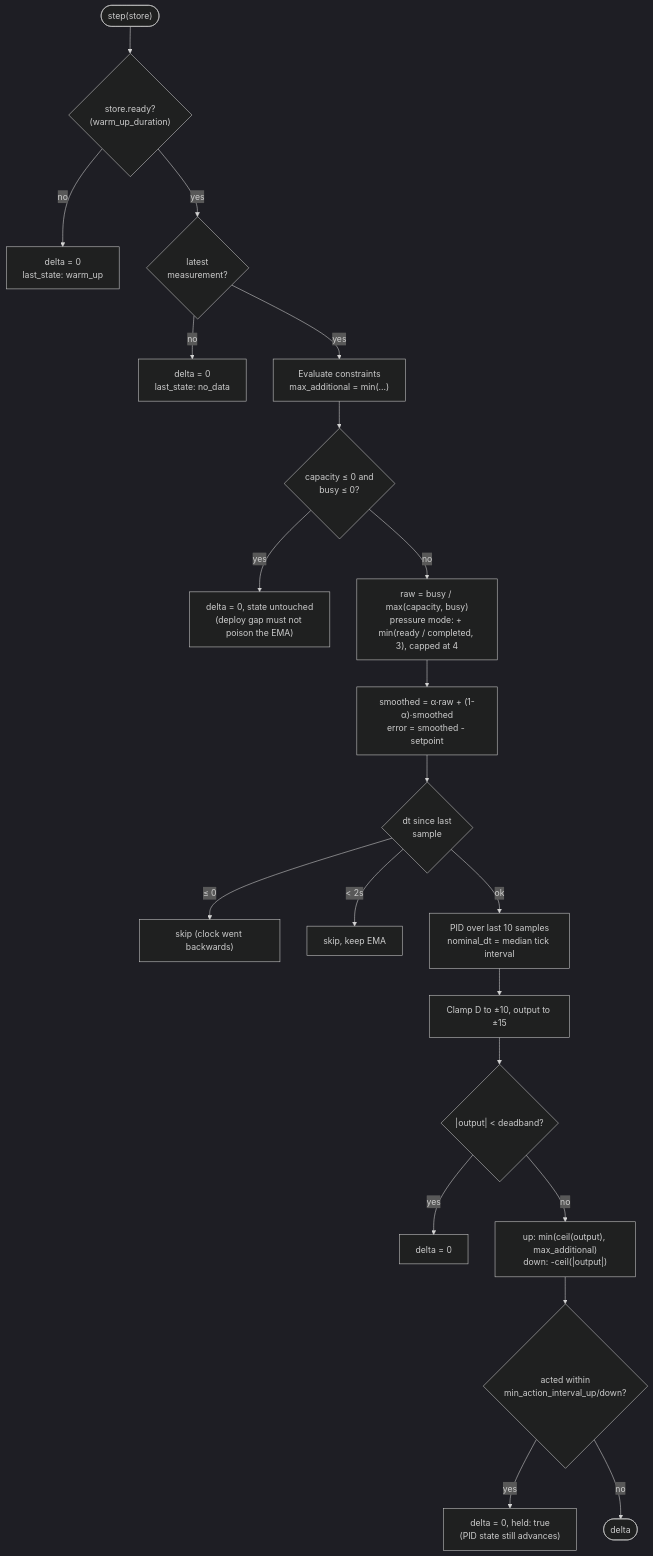
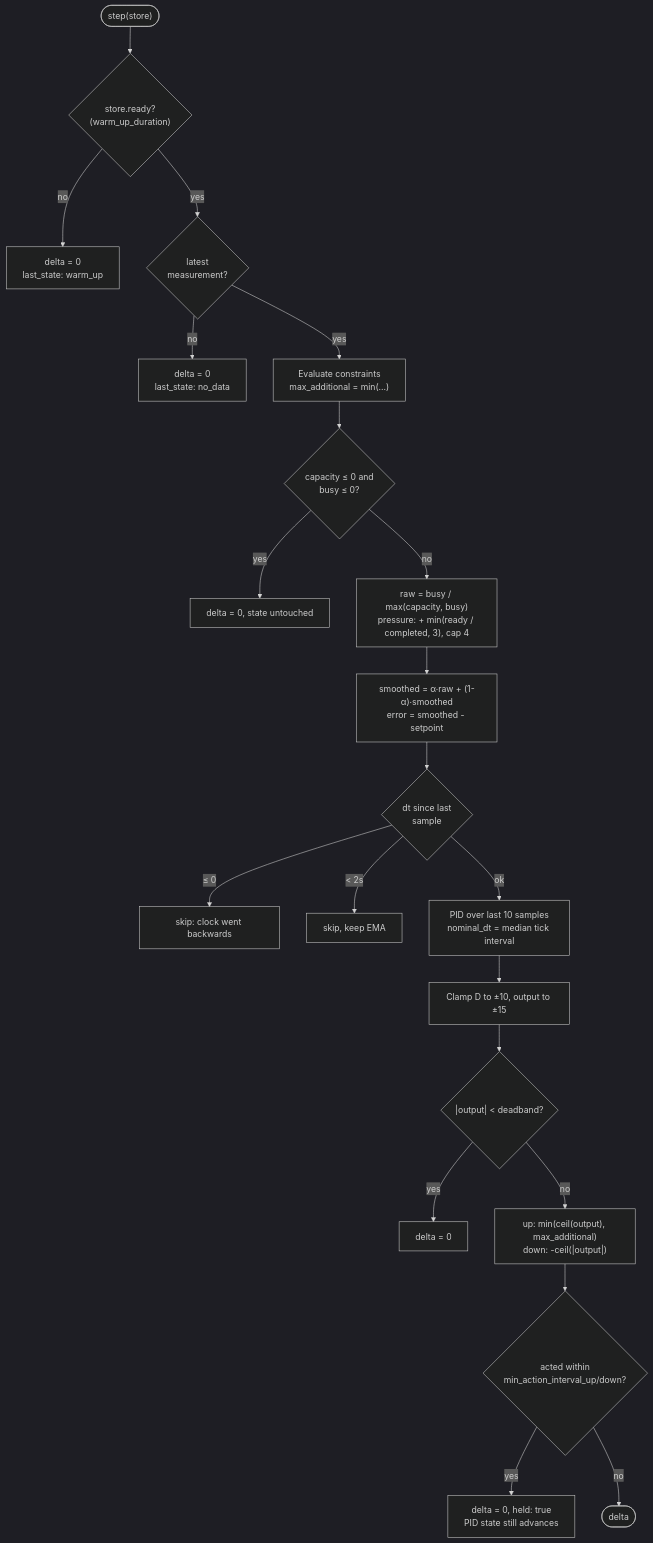
One commit to julik/skaler changed the third of 5 diagrams in README.md. Above: the diagram before and after it, drawn with Mermaid (dark theme). The commit also changed other lines of this file and 1 other file, not shown here.

````diff
--- a/README.md
+++ b/README.md
@@ -132,23 +230,23 @@
 ```mermaid
 flowchart TD
     start(["step(store)"]) --> warm{"store.ready?<br/>(warm_up_duration)"}
     warm -- no --> z1["delta = 0<br/>last_state: warm_up"]
     warm -- yes --> latest{"latest<br/>measurement?"}
     latest -- no --> z2["delta = 0<br/>last_state: no_data"]
     latest -- yes --> cons["Evaluate constraints<br/>max_additional = min(...)"]
     cons --> zero{"capacity ≤ 0 and<br/>busy ≤ 0?"}
-    zero -- yes --> z3["delta = 0, state untouched<br/>(deploy gap must not poison the EMA)"]
-    zero -- no --> util["raw = busy / max(capacity, busy)<br/>pressure mode: + min(ready / completed, 3), capped at 4"]
+    zero -- yes --> z3["delta = 0, state untouched"]
+    zero -- no --> util["raw = busy / max(capacity, busy)<br/>pressure: + min(ready / completed, 3), cap 4"]
     util --> ema["smoothed = α·raw + (1-α)·smoothed<br/>error = smoothed - setpoint"]
     ema --> dt{"dt since last<br/>sample"}
-    dt -- "≤ 0" --> z4["skip (clock went backwards)"]
+    dt -- "≤ 0" --> z4["skip: clock went backwards"]
     dt -- "< 2s" --> z5["skip, keep EMA"]
     dt -- ok --> pid["PID over last 10 samples<br/>nominal_dt = median tick interval"]
     pid --> clamp["Clamp D to ±10, output to ±15"]
     clamp --> db{"|output| < deadband?"}
     db -- yes --> z6["delta = 0"]
     db -- no --> sign["up: min(ceil(output), max_additional)<br/>down: -ceil(|output|)"]
     sign --> hold{"acted within<br/>min_action_interval_up/down?"}
-    hold -- yes --> z7["delta = 0, held: true<br/>(PID state still advances)"]
+    hold -- yes --> z7["delta = 0, held: true<br/>PID state still advances"]
     hold -- no --> out(["delta"])
 ```
````
